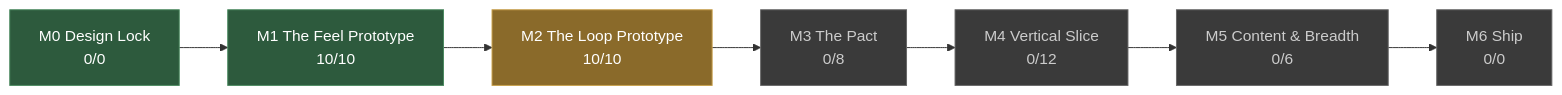
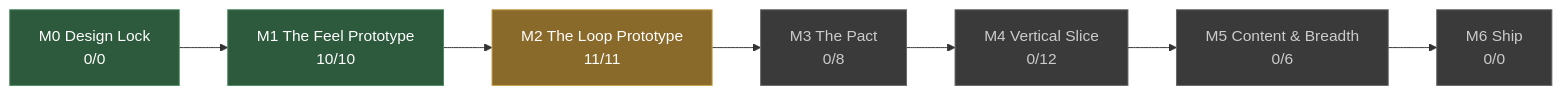
Before and after one commit to JoshuaGessner/she: the diagram in docs/STATUS.md, drawn with Mermaid. The commit also changed other lines of this file and 12 other files, not shown here.

````diff
--- a/docs/STATUS.md
+++ b/docs/STATUS.md
@@ -13,19 +13,19 @@
 ```mermaid
 flowchart LR
   M0["M0 Design Lock<br/>0/0"]:::passed
   M1["M1 The Feel Prototype<br/>10/10"]:::passed
   M0 --> M1
-  M2["M2 The Loop Prototype<br/>10/10"]:::current
+  M2["M2 The Loop Prototype<br/>11/11"]:::current
   M1 --> M2
   M3["M3 The Pact<br/>0/8"]:::ahead
   M2 --> M3
   M4["M4 Vertical Slice<br/>0/12"]:::ahead
   M3 --> M4
   M5["M5 Content & Breadth<br/>0/6"]:::ahead
   M4 --> M5
   M6["M6 Ship<br/>0/0"]:::ahead
   M5 --> M6
   classDef passed fill:#2d5a3d,stroke:#4a8a5f,color:#fff
   classDef current fill:#8a6a2a,stroke:#c8a04a,color:#fff
   classDef ahead fill:#3a3a3a,stroke:#666,color:#ccc
 ```
````
